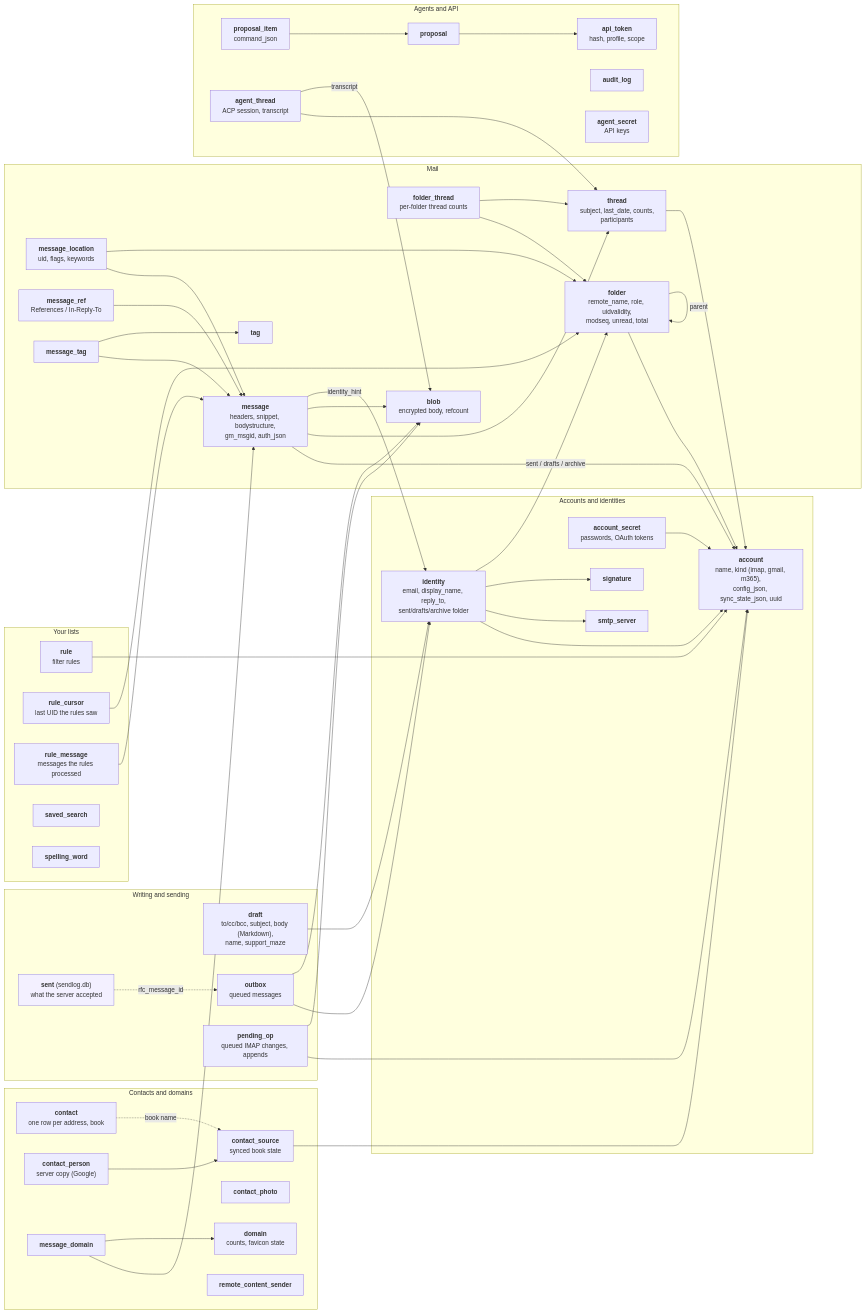
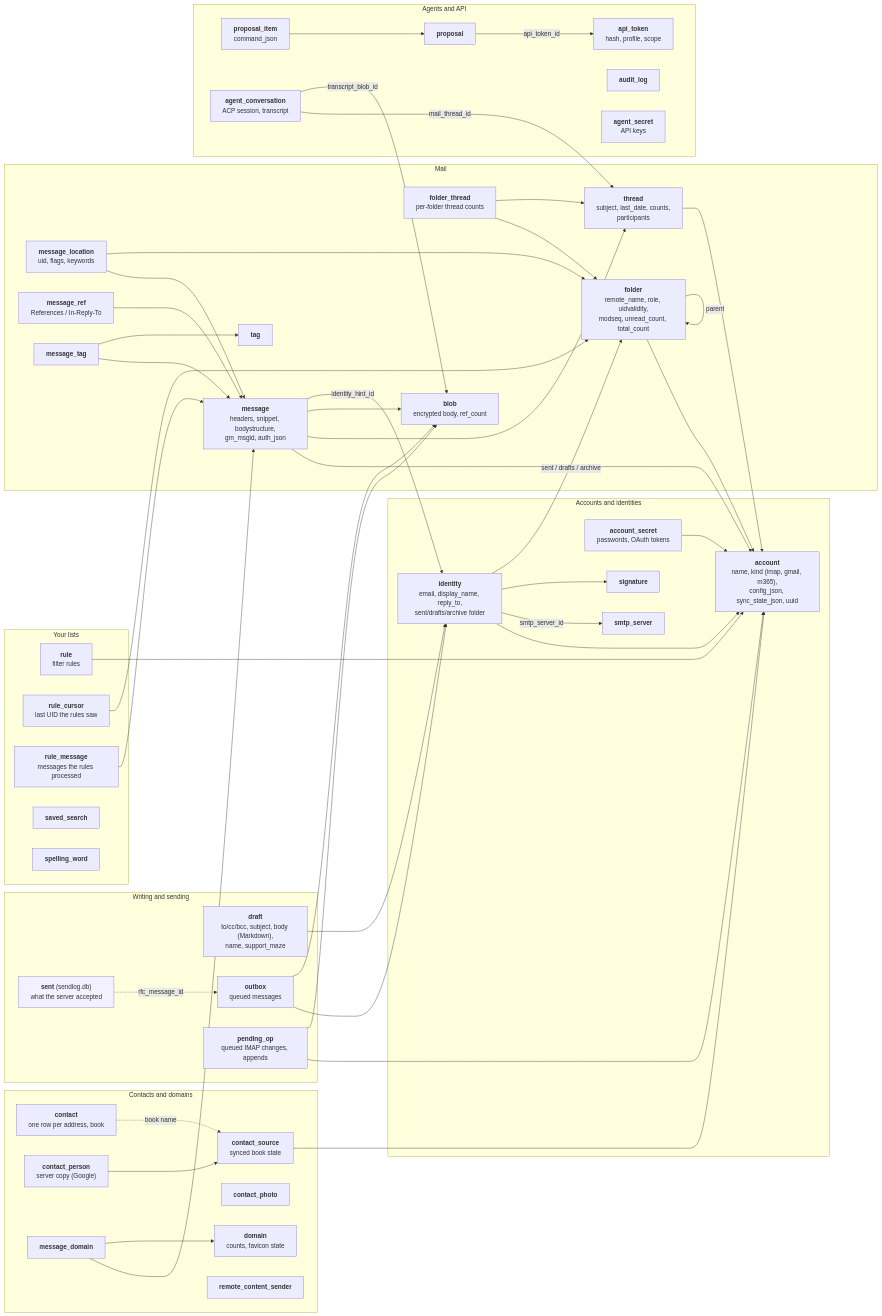
The diagram in docs/data-model.md (pmig/maze), drawn with Mermaid before and after one commit. The commit also changed other lines of this file and 68 other files, not shown here.

```diff
--- a/docs/data-model.md
+++ b/docs/data-model.md
@@ -22,7 +27,7 @@
   end
 
   subgraph MAIL["Mail"]
-    folder["<b>folder</b><br/>remote_name, role, uidvalidity,<br/>modseq, unread, total"]
+    folder["<b>folder</b><br/>remote_name, role, uidvalidity,<br/>modseq, unread_count, total_count"]
     thread["<b>thread</b><br/>subject, last_date, counts,<br/>participants"]
     folder_thread["<b>folder_thread</b><br/>per-folder thread counts"]
     message["<b>message</b><br/>headers, snippet, bodystructure,<br/>gm_msgid, auth_json"]
@@ -30,7 +35,7 @@
     message_ref["<b>message_ref</b><br/>References / In-Reply-To"]
     message_tag["<b>message_tag</b>"]
     tag["<b>tag</b>"]
-    blob["<b>blob</b><br/>encrypted body, refcount"]
+    blob["<b>blob</b><br/>encrypted body, ref_count"]
   end
 
   subgraph SEND["Writing and sending"]
@@ -55,7 +60,7 @@
     proposal["<b>proposal</b>"]
     proposal_item["<b>proposal_item</b><br/>command_json"]
     audit_log["<b>audit_log</b>"]
-    agent_thread["<b>agent_thread</b><br/>ACP session, transcript"]
+    agent_conversation["<b>agent_conversation</b><br/>ACP session, transcript"]
     agent_secret["<b>agent_secret</b><br/>API keys"]
   end
 
@@ -69,7 +74,7 @@
 
   account_secret --> account
   identity --> account
-  identity --> smtp_server
+  identity -->|smtp_server_id| smtp_server
   identity --> signature
   identity -->|sent / drafts / archive| folder
   folder --> account
@@ -80,7 +85,7 @@
   message --> account
   message --> thread
   message --> blob
-  message -->|identity_hint| identity
+  message -->|identity_hint_id| identity
   message_location --> message
   message_location --> folder
   message_ref --> message
@@ -97,10 +102,10 @@
   contact -.->|book name| contact_source
   message_domain --> message
   message_domain --> domain
-  proposal --> api_token
+  proposal -->|api_token_id| api_token
   proposal_item --> proposal
-  agent_thread --> thread
-  agent_thread -->|transcript| blob
+  agent_conversation -->|mail_thread_id| thread
+  agent_conversation -->|transcript_blob_id| blob
   rule --> account
   rule_cursor --> folder
   rule_message --> message
```
